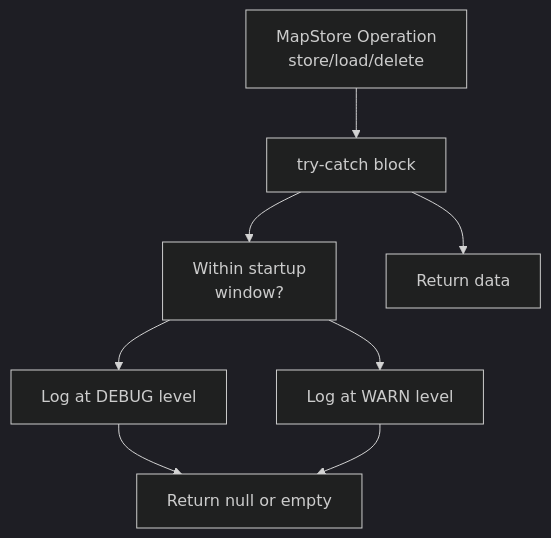
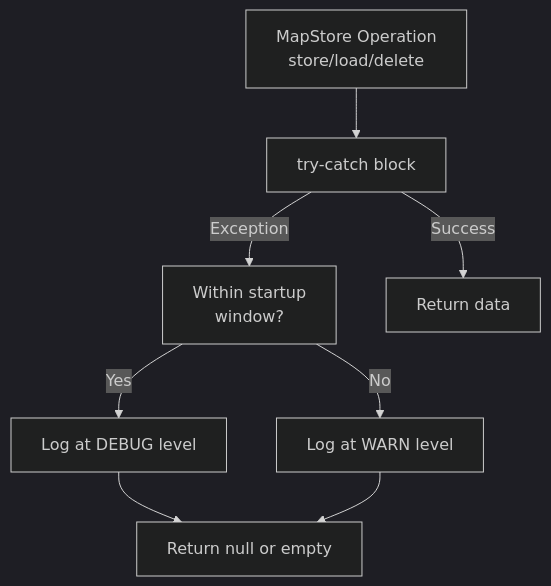
The fifth of 6 diagrams in docs/deepwiki/MapStore-Write-Through-Pattern.md (philipz/spring-modular-monolith), drawn with Mermaid (dark theme) before and after one commit. The commit also changed other lines of this file and 55 other files, not shown here.

````diff
--- a/docs/deepwiki/MapStore-Write-Through-Pattern.md
+++ b/docs/deepwiki/MapStore-Write-Through-Pattern.md
@@ -414,19 +414,19 @@
 ```mermaid
 flowchart TD
 
 Operation["MapStore Operation<br>store/load/delete"]
 TryCatch["try-catch block"]
 CheckWindow["Within startup<br>window?"]
 DebugLog["Log at DEBUG level"]
 WarnLog["Log at WARN level"]
 ReturnNull["Return null or empty"]
 ReturnData["Return data"]
 
 Operation --> TryCatch
-TryCatch --> CheckWindow
-CheckWindow --> DebugLog
-CheckWindow --> WarnLog
+TryCatch -->|"Exception"| CheckWindow
+CheckWindow -->|"Yes"| DebugLog
+CheckWindow -->|"No"| WarnLog
 DebugLog --> ReturnNull
 WarnLog --> ReturnNull
-TryCatch --> ReturnData
+TryCatch -->|"Success"| ReturnData
 ```
````
